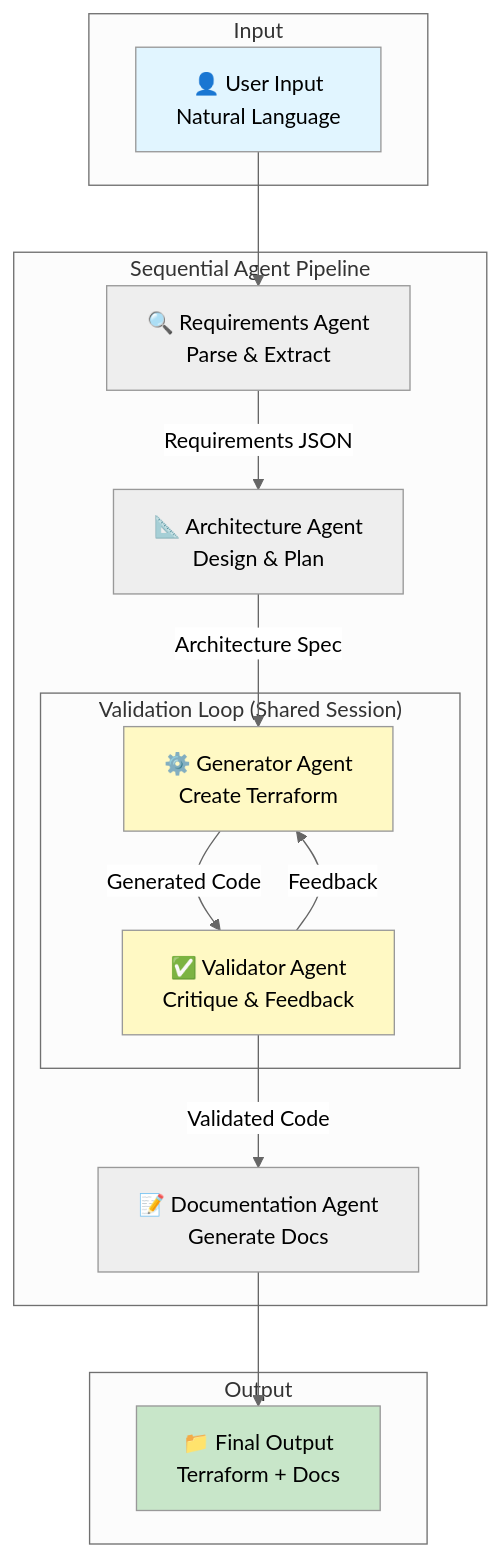
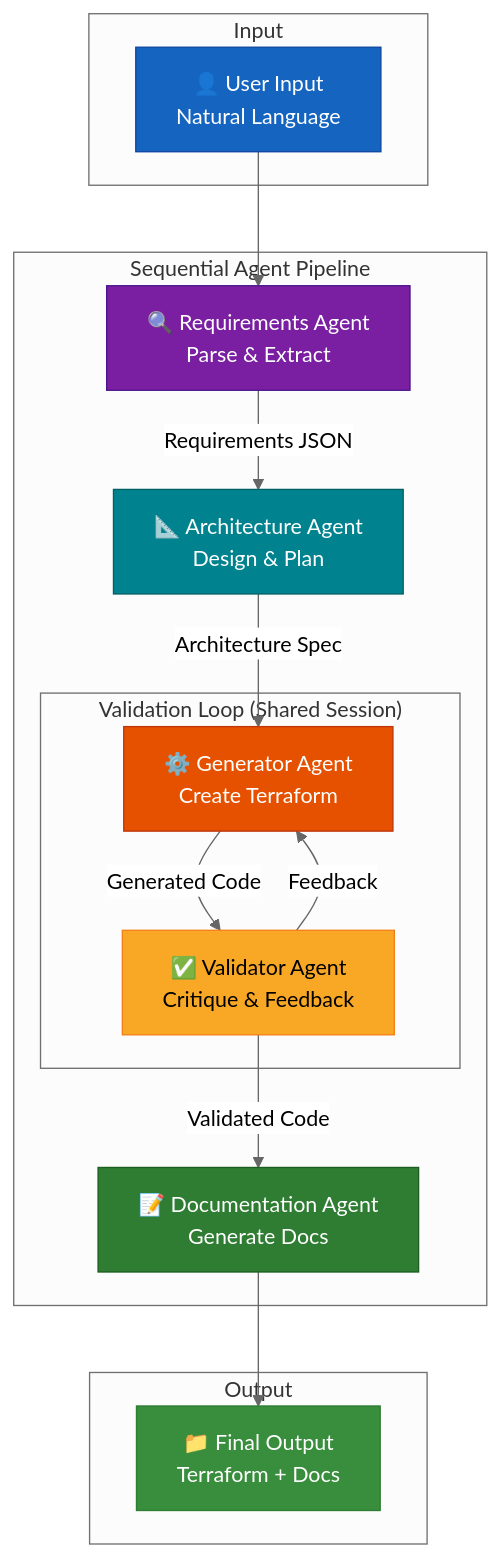
The first of 3 diagrams in README.md (jja4/terraform_adk_agents), drawn with Mermaid (neutral theme) before and after one commit. The commit also changed other lines of this file and 4 other files, not shown here.

````diff
--- a/README.md
+++ b/README.md
@@ -72,35 +76,38 @@
 ```mermaid
 flowchart TD
     subgraph Input
         A[👤 User Input<br/>Natural Language]
     end
     
     subgraph "Sequential Agent Pipeline"
         R[🔍 Requirements Agent<br/>Parse & Extract]
         P[📐 Architecture Agent<br/>Design & Plan]
         
         subgraph "Validation Loop (Shared Session)"
             G[⚙️ Generator Agent<br/>Create Terraform]
             V[✅ Validator Agent<br/>Critique & Feedback]
         end
         
         D[📝 Documentation Agent<br/>Generate Docs]
     end
     
     subgraph Output
         O[📁 Final Output<br/>Terraform + Docs]
     end
     
     A --> R
     R -->|Requirements JSON| P
     P -->|Architecture Spec| G
     G -->|Generated Code| V
     V -->|Feedback| G
     V -->|Validated Code| D
     D --> O
 
-    style A fill:#e1f5ff
-    style O fill:#c8e6c9
-    style V fill:#fff9c4
-    style G fill:#fff9c4
+    style A fill:#1565C0,stroke:#0D47A1,color:#FFFFFF
+    style R fill:#7B1FA2,stroke:#4A148C,color:#FFFFFF
+    style P fill:#00838F,stroke:#006064,color:#FFFFFF
+    style G fill:#E65100,stroke:#BF360C,color:#FFFFFF
+    style V fill:#F9A825,stroke:#F57F17,color:#000000
+    style D fill:#2E7D32,stroke:#1B5E20,color:#FFFFFF
+    style O fill:#388E3C,stroke:#2E7D32,color:#FFFFFF
 ```
````
